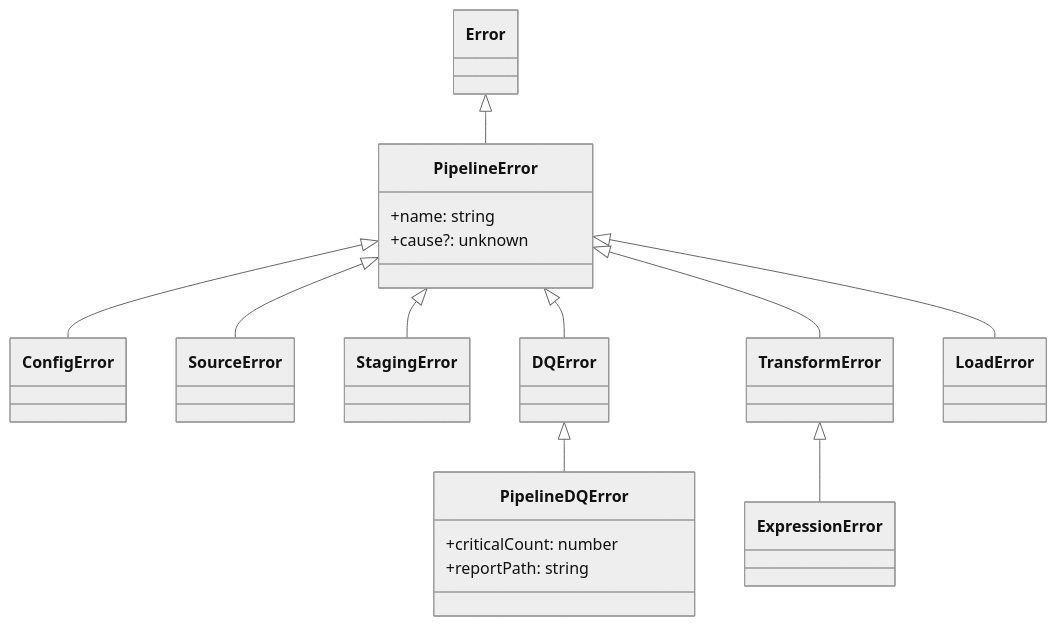
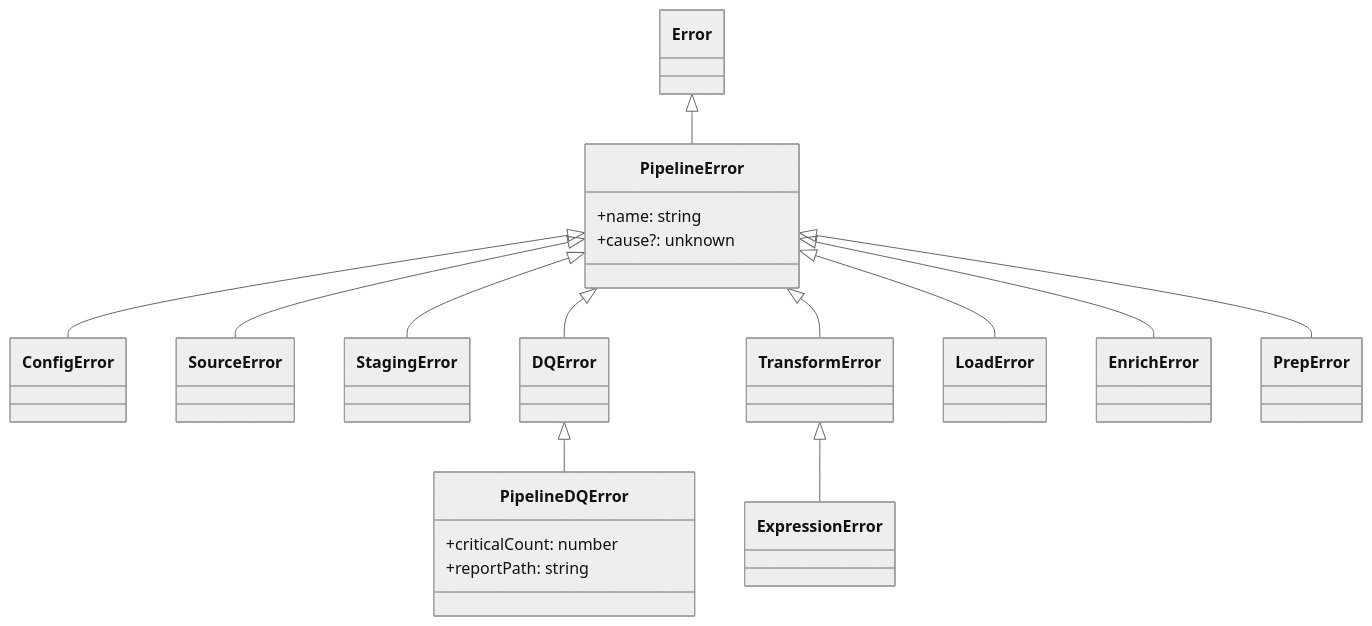
Diagram 13 of 14 in docs/architecture-diagrams.md (caracal-lynx/sluice), drawn with Mermaid (neutral theme) before and after one commit. The commit also changed other lines of this file and 24 other files, not shown here.

First line of the commit message:
feat(prep): Phase 12 — pre-enrich Prep phase + padEnd cleanse op (#65)

````diff
--- a/docs/architecture-diagrams.md
+++ b/docs/architecture-diagrams.md
@@ -599,29 +616,33 @@
 ```mermaid
 classDiagram
     class Error
     class PipelineError {
       +name: string
       +cause?: unknown
     }
     class ConfigError
     class SourceError
     class StagingError
     class DQError
     class PipelineDQError {
       +criticalCount: number
       +reportPath: string
     }
     class TransformError
     class ExpressionError
     class LoadError
+    class EnrichError
+    class PrepError
 
     Error <|-- PipelineError
     PipelineError <|-- ConfigError
     PipelineError <|-- SourceError
     PipelineError <|-- StagingError
     PipelineError <|-- DQError
     PipelineError <|-- TransformError
     PipelineError <|-- LoadError
+    PipelineError <|-- EnrichError
+    PipelineError <|-- PrepError
     DQError <|-- PipelineDQError
     TransformError <|-- ExpressionError
 ```
````
